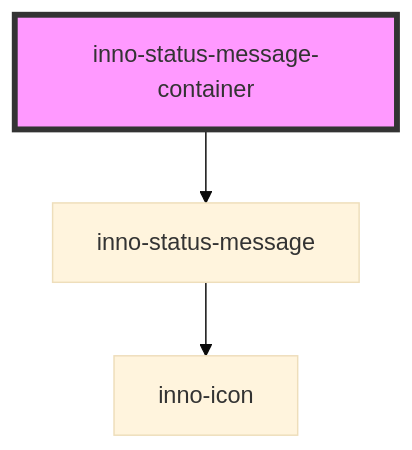
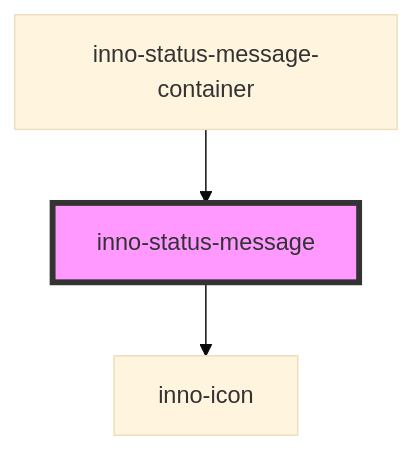
Before and after one commit to innomotics/brand-experience: the diagram in packages/webdocs/docs/components/inno-status-message/readme.md, drawn with Mermaid (base theme). The commit also changed other lines of this file and 24 other files, not shown here.

````diff
--- a/packages/webdocs/docs/components/inno-status-message/readme.md
+++ b/packages/webdocs/docs/components/inno-status-message/readme.md
@@ -47,6 +145,6 @@
 ```mermaid
 graph TD;
+  inno-status-message --> inno-icon
   inno-status-message-container --> inno-status-message
-  inno-status-message --> inno-icon
-  style inno-status-message-container fill:#f9f,stroke:#333,stroke-width:4px
+  style inno-status-message fill:#f9f,stroke:#333,stroke-width:4px
 ```
````
